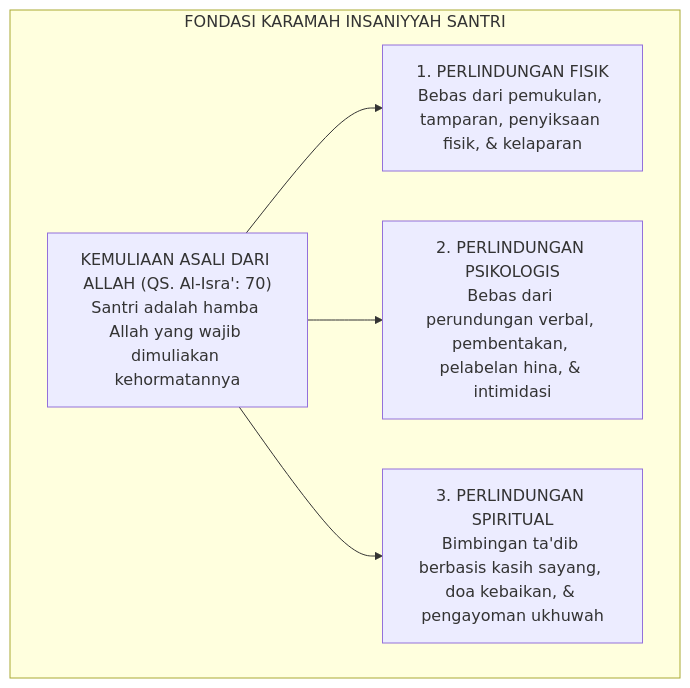
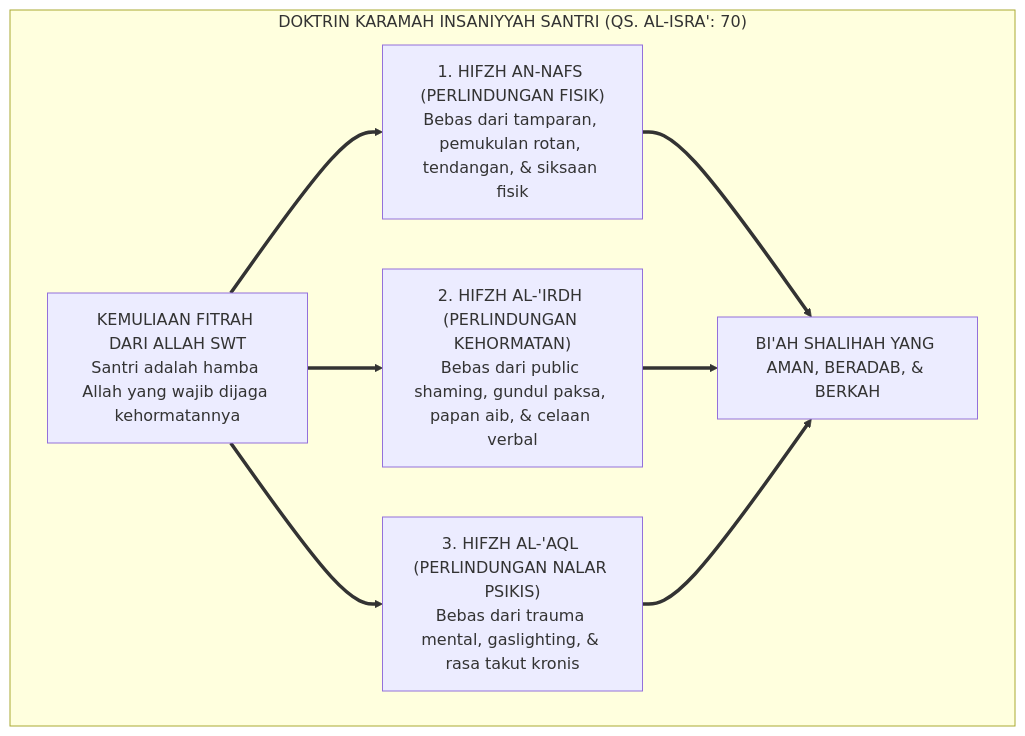
One commit to wandiapriliyandi/tumbuh changed the first of 9 diagrams in 02 Principles/01 Core Principles/P2-01-02-Prinsip-Kemuliaan-Fitrah-dan-Martabat-Insan.md. Above: the diagram before and after it, drawn with Mermaid. The commit also changed other lines of this file and 9 other files, not shown here.

````diff
--- a/02 Principles/01 Core Principles/P2-01-02-Prinsip-Kemuliaan-Fitrah-dan-Martabat-Insan.md
+++ b/02 Principles/01 Core Principles/P2-01-02-Prinsip-Kemuliaan-Fitrah-dan-Martabat-Insan.md
@@ -30,14 +60,12 @@
 ```mermaid
-graph TD
-    subgraph MartabatInsan["FONDASI KARAMAH INSANIYYAH SANTRI"]
-        Karamah["KEMULIAAN ASALI DARI ALLAH (QS. Al-Isra': 70)<br/>Santri adalah hamba Allah yang wajib dimuliakan kehormatannya"]
+flowchart TD
+    subgraph FondasiKaramahInsaniyyah["DOKTRIN KARAMAH INSANIYYAH SANTRI (QS. AL-ISRA': 70)"]
+        Akar["KEMULIAAN FITRAH DARI ALLAH SWT<br/>Santri adalah hamba Allah yang wajib dijaga kehormatannya"]
         
-        HakFisik["1. PERLINDUNGAN FISIK<br/>Bebas dari pemukulan, tamparan, penyiksaan fisik, & kelaparan"]
-        HakPsikis["2. PERLINDUNGAN PSIKOLOGIS<br/>Bebas dari perundungan verbal, pembentakan, pelabelan hina, & intimidasi"]
-        HakSpiritual["3. PERLINDUNGAN SPIRITUAL<br/>Bimbingan ta'dib berbasis kasih sayang, doa kebaikan, & pengayoman ukhuwah"]
+        Akar ==> H1["1. HIFZH AN-NAFS (PERLINDUNGAN FISIK)<br/>Bebas dari tamparan, pemukulan rotan, tendangan, & siksaan fisik"]
+        Akar ==> H2["2. HIFZH AL-'IRDH (PERLINDUNGAN KEHORMATAN)<br/>Bebas dari public shaming, gundul paksa, papan aib, & celaan verbal"]
+        Akar ==> H3["3. HIFZH AL-'AQL (PERLINDUNGAN NALAR PSIKIS)<br/>Bebas dari trauma mental, gaslighting, & rasa takut kronis"]
         
-        Karamah --> HakFisik
-        Karamah --> HakPsikis
-        Karamah --> HakSpiritual
+        H1 & H2 & H3 ==> OutputIklim["BI'AH SHALIHAH YANG AMAN, BERADAB, & BERKAH"]
     end
 ```
````
